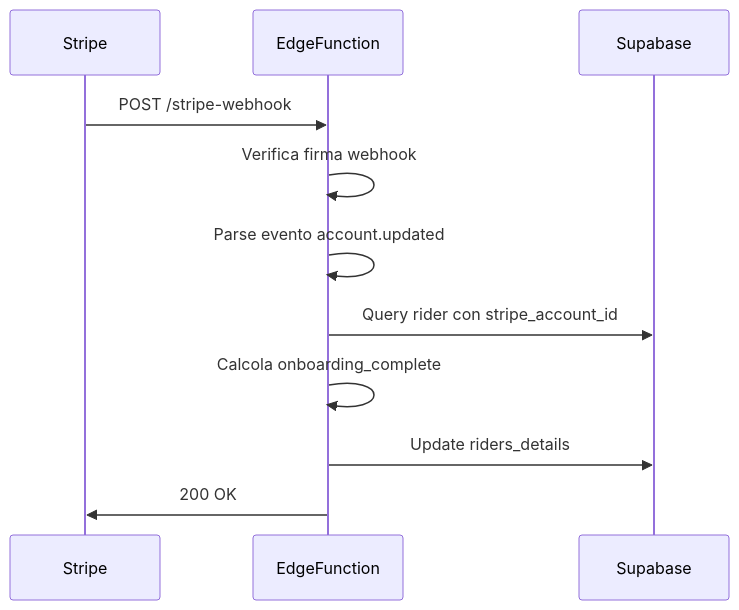
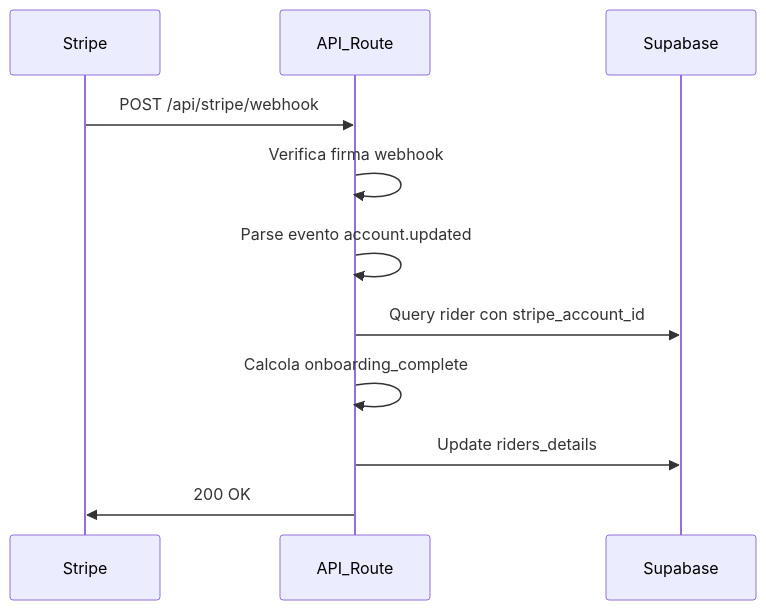
The diagram in docs/EDGE-FUNCTIONS.md (bemyrider/bemyrider), drawn with Mermaid before and after one commit. The commit also changed other lines of this file and 1 other file, not shown here.

Commit message:
feat: migrate Stripe webhook from Edge Function to API Route
- Migrated webhook handling from Supabase Edge Function to Next.js API Route
- Updated webhook endpoint to https://bemyrider.vercel.app/api/stripe/webhook
- Fixed async webhook signature verification for Vercel compatibility
- Updated documentation to reflect new webhook implementation
- Removed dependency on problematic JWT verification in Edge Functions

````diff
--- a/docs/EDGE-FUNCTIONS.md
+++ b/docs/EDGE-FUNCTIONS.md
@@ -27,14 +36,14 @@
 ```mermaid
 sequenceDiagram
     participant Stripe
-    participant EdgeFunction
+    participant API_Route
     participant Supabase
-    
-    Stripe->>EdgeFunction: POST /stripe-webhook
-    EdgeFunction->>EdgeFunction: Verifica firma webhook
-    EdgeFunction->>EdgeFunction: Parse evento account.updated
-    EdgeFunction->>Supabase: Query rider con stripe_account_id
-    EdgeFunction->>EdgeFunction: Calcola onboarding_complete
-    EdgeFunction->>Supabase: Update riders_details
-    EdgeFunction->>Stripe: 200 OK
+
+    Stripe->>API_Route: POST /api/stripe/webhook
+    API_Route->>API_Route: Verifica firma webhook
+    API_Route->>API_Route: Parse evento account.updated
+    API_Route->>Supabase: Query rider con stripe_account_id
+    API_Route->>API_Route: Calcola onboarding_complete
+    API_Route->>Supabase: Update riders_details
+    API_Route->>Stripe: 200 OK
 ```
````
